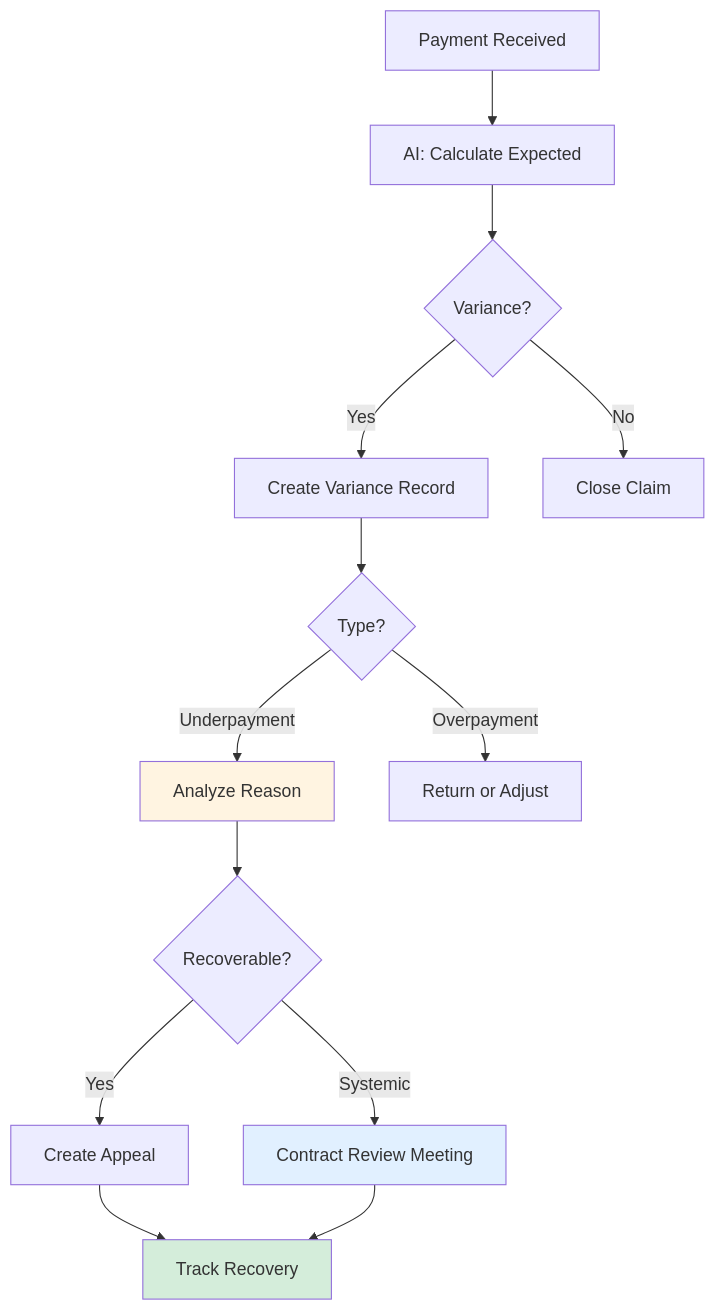
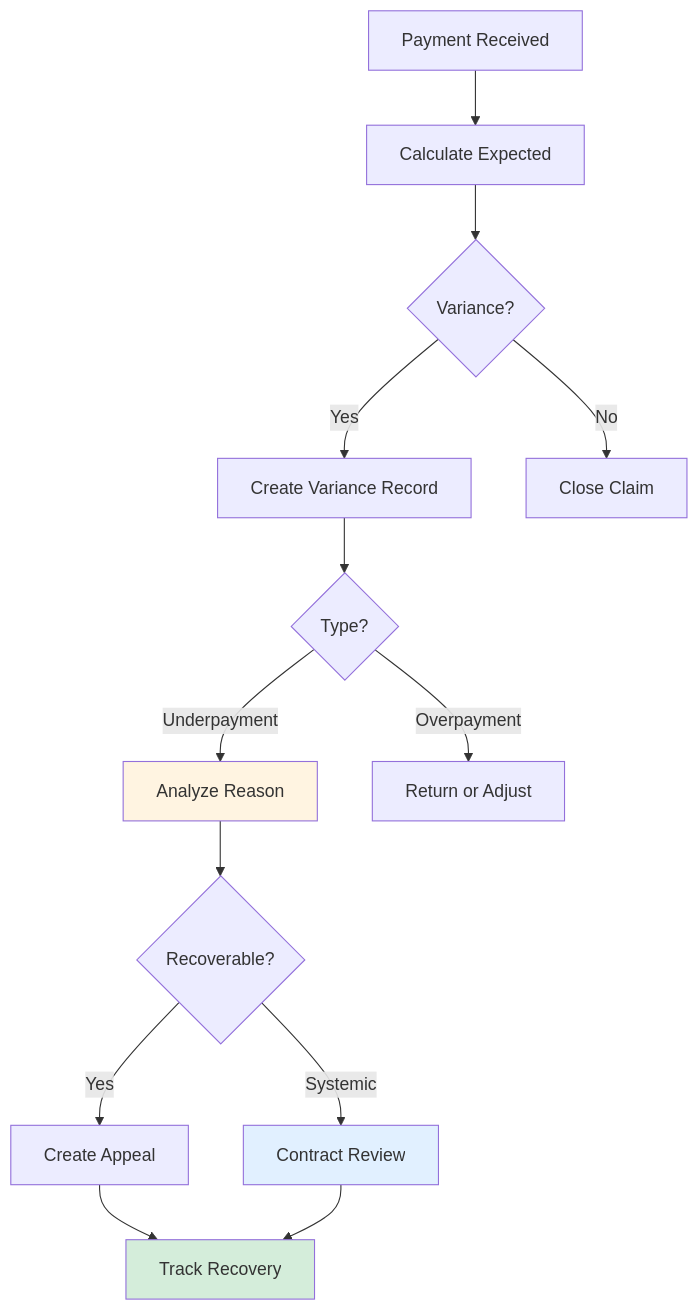
The diagram in packages/docs/docs/workflows/payment-variances.md (caverac/rcm), drawn with Mermaid before and after one commit. The commit also changed other lines of this file and 29 other files, not shown here.

Commit message:
fix(shared-types): updated schemas

````diff
--- a/packages/docs/docs/workflows/payment-variances.md
+++ b/packages/docs/docs/workflows/payment-variances.md
@@ -21,23 +135,23 @@
 ```mermaid
 graph TD
-    A[Payment Received] --> B[AI: Calculate Expected]
+    A[Payment Received] --> B[Calculate Expected]
     B --> C{Variance?}
 
     C -->|Yes| D[Create Variance Record]
     C -->|No| E[Close Claim]
 
     D --> F{Type?}
     F -->|Underpayment| G[Analyze Reason]
     F -->|Overpayment| H[Return or Adjust]
 
     G --> I{Recoverable?}
     I -->|Yes| J[Create Appeal]
-    I -->|Systemic| K[Contract Review Meeting]
+    I -->|Systemic| K[Contract Review]
 
     J --> L[Track Recovery]
     K --> L
 
     style G fill:#fff4e1
     style K fill:#e1f0ff
     style L fill:#d4edda
 ```
````
